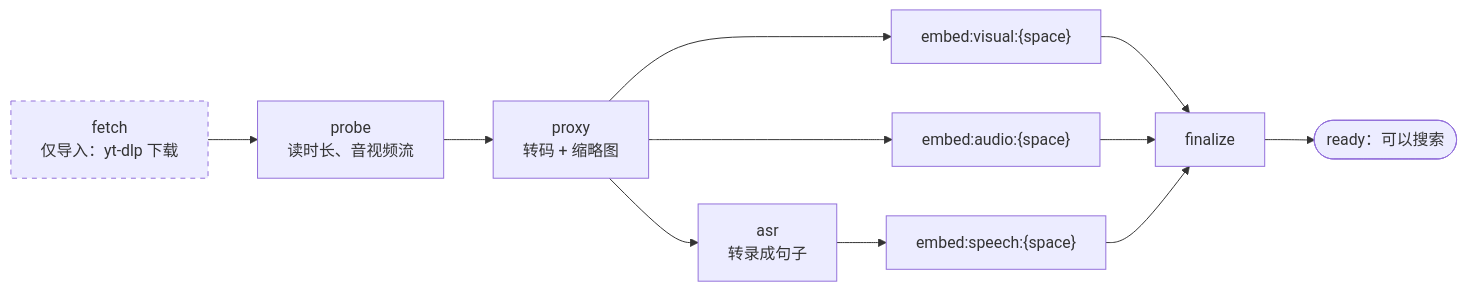
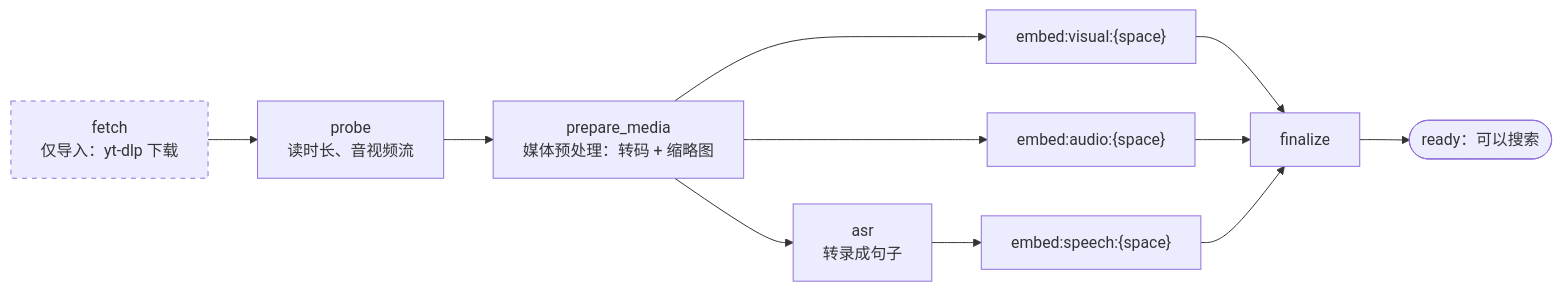
One commit to realOzine/videohelper changed the seventh of 17 diagrams in docs/design.md. Above: the diagram before and after it, drawn with Mermaid. The commit also changed other lines of this file and 5 other files, not shown here.

````diff
--- a/docs/design.md
+++ b/docs/design.md
@@ -406,14 +407,14 @@
 ```mermaid
 flowchart LR
   F["fetch<br/>仅导入：yt-dlp 下载"]:::opt --> PR["probe<br/>读时长、音视频流"]
-  PR --> PX["proxy<br/>转码 + 缩略图"]
-  PX --> V["embed:visual:{space}"]
-  PX --> AU["embed:audio:{space}"]
-  PX --> ASR["asr<br/>转录成句子"]
+  PR --> PM["prepare_media<br/>媒体预处理：转码 + 缩略图"]
+  PM --> V["embed:visual:{space}"]
+  PM --> AU["embed:audio:{space}"]
+  PM --> ASR["asr<br/>转录成句子"]
   ASR --> SP["embed:speech:{space}"]
   V --> FIN["finalize"]
   AU --> FIN
   SP --> FIN
   FIN --> RDY(["ready：可以搜索"])
   classDef opt stroke-dasharray: 5 5
 ```
````
